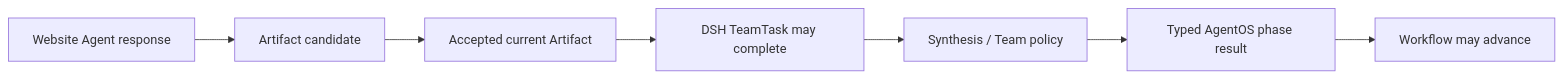
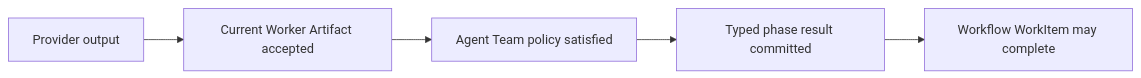
One commit to tsuuanmi/AgentOS changed the fifth of 5 diagrams in docs/architecture/agent-communication.md. Above: the diagram before and after it, drawn with Mermaid. The commit also changed other lines of this file, not shown here.

Commit message:
docs: make communication Worker-provider neutral

```diff
--- a/docs/architecture/agent-communication.md
+++ b/docs/architecture/agent-communication.md
@@ -278,12 +244,10 @@
 ~~~mermaid
 flowchart LR
-    WR[Website Agent response]
-    A[Artifact candidate]
-    AA[Accepted current Artifact]
-    TT[DSH TeamTask may complete]
-    SYN[Synthesis / Team policy]
-    PR[Typed AgentOS phase result]
-    WF[Workflow may advance]
+    Provider[Provider output]
+    Worker[Current Worker Artifact accepted]
+    Team[Agent Team policy satisfied]
+    Result[Typed phase result committed]
+    Workflow[Workflow WorkItem may complete]
 
-    WR --> A --> AA --> TT --> SYN --> PR --> WF
+    Provider --> Worker --> Team --> Result --> Workflow
 ~~~
```
